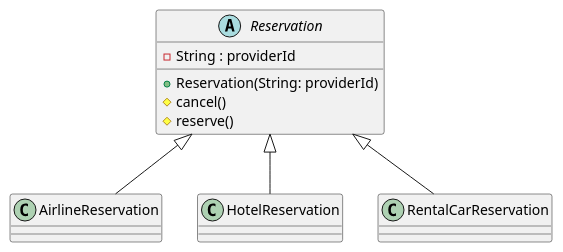
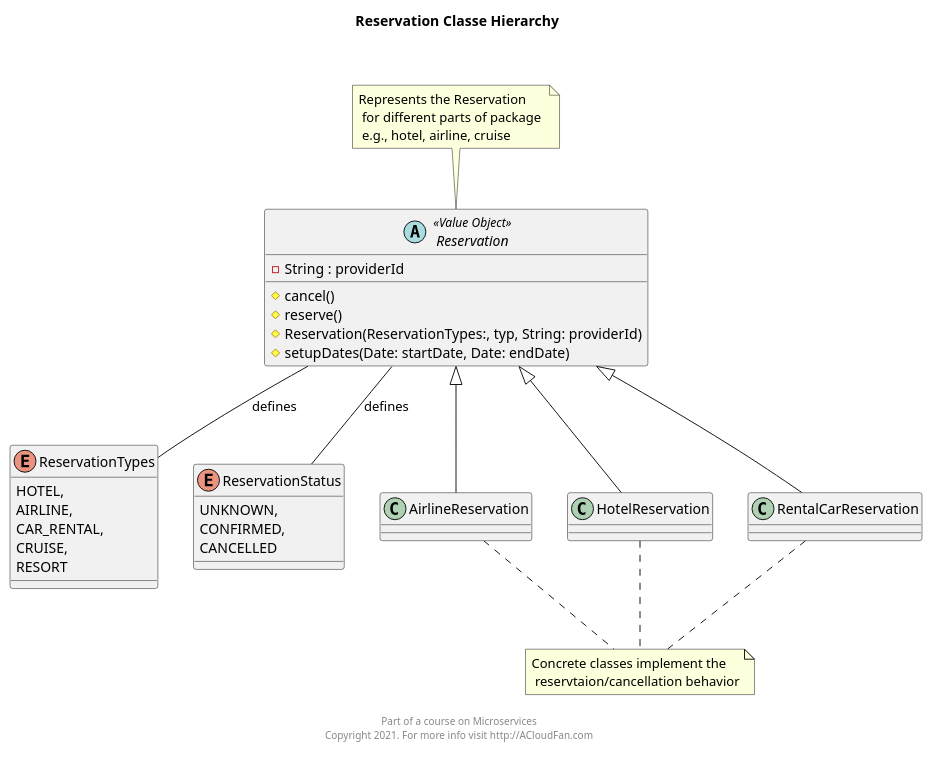
The diagram in uml/reservation.puml (acloudfan/MSFA-ACME-Sales-vdraft), drawn with PlantUML before and after one commit. The commit also changed 22 other files, not shown here.

```diff
--- a/uml/reservation.puml
+++ b/uml/reservation.puml
@@ -1,16 +1,48 @@
 @startuml
-abstract class Reservation {
+
+note "Represents the Reservation \n for different parts of package \n e.g., hotel, airline, cruise" as N1
+abstract class Reservation <<Value Object>> {
     - String : providerId
-    + Reservation(String: providerId)
     # cancel()
     # reserve()
+    # Reservation(ReservationTypes:, typ, String: providerId)
+    # setupDates(Date: startDate, Date: endDate)
 }
 
+N1 .. Reservation
 
+
+enum ReservationTypes {
+    HOTEL,
+    AIRLINE,
+    CAR_RENTAL,
+    CRUISE,
+    RESORT
+}
+
+enum ReservationStatus {
+    UNKNOWN,
+    CONFIRMED,
+    CANCELLED
+}
+
+note "Concrete classes implement the \n reservtaion/cancellation behavior" as N2
+
+'Inheritance relationship
 Reservation <|-- AirlineReservation
+AirlineReservation .. N2
 Reservation <|-- HotelReservation
+HotelReservation .. N2
 Reservation <|-- RentalCarReservation
+RentalCarReservation .. N2
 
 
 
+Reservation -- ReservationTypes  : defines
+Reservation -- ReservationStatus  : defines
+
+
+title Reservation Classe Hierarchy \n\n
+footer \n Part of a course on Microservices \n Copyright 2021. For more info visit http://ACloudFan.com \n
+
 @enduml
```
